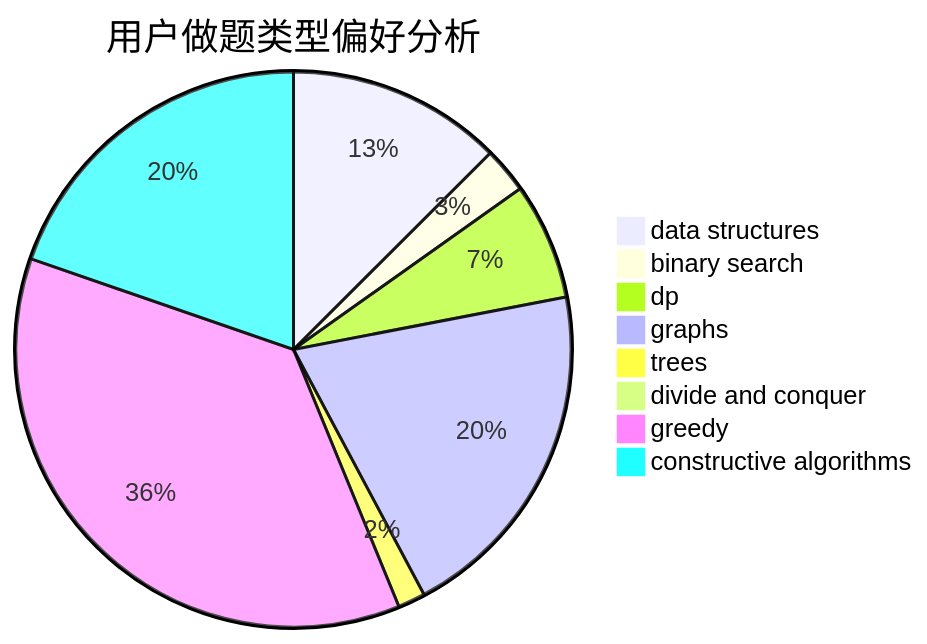
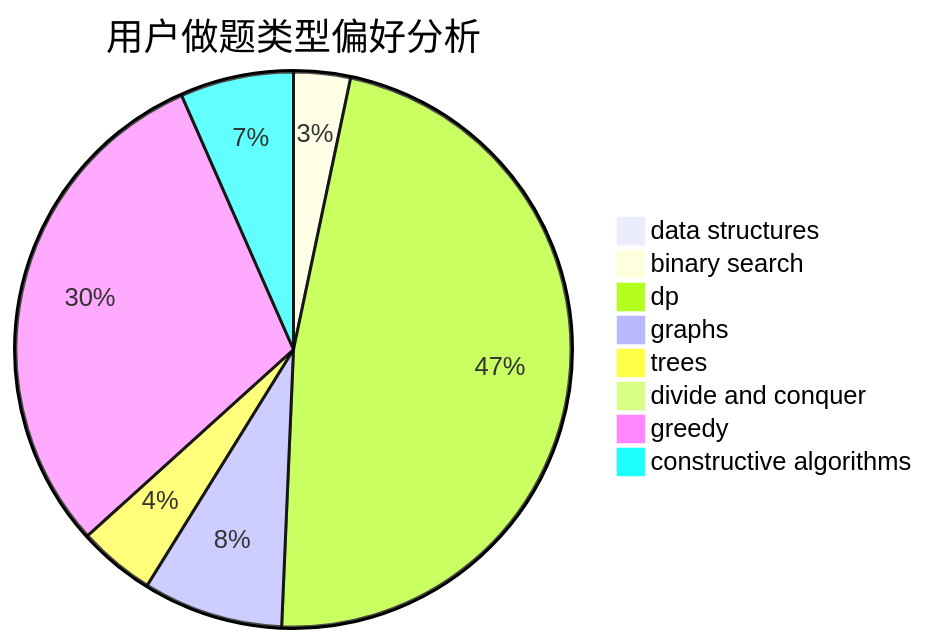
The second of 3 diagrams in docs/user/u1286.md (sherpahu/cfrs.github.io), drawn with Mermaid before and after one commit. The commit also changed other lines of this file and 2770 other files, not shown here.

````diff
--- a/docs/user/u1286.md
+++ b/docs/user/u1286.md
@@ -23,11 +23,11 @@
 ```mermaid
 pie title 用户做题类型偏好分析
-    "data structures" :  94
-    "binary search" :  20
-    "dp" :  51
-    "graphs" :  152
-    "trees" :  12
-    "divide and conquer" :  0
-    "greedy" :  274
-    "constructive algorithms" :  148
+    "data structures" :  4
+    "binary search" :  17
+    "dp" :  244
+    "graphs" :  42
+    "trees" :  23
+    "divide and conquer" :  2
+    "greedy" :  155
+    "constructive algorithms" :  34
 ```
````
